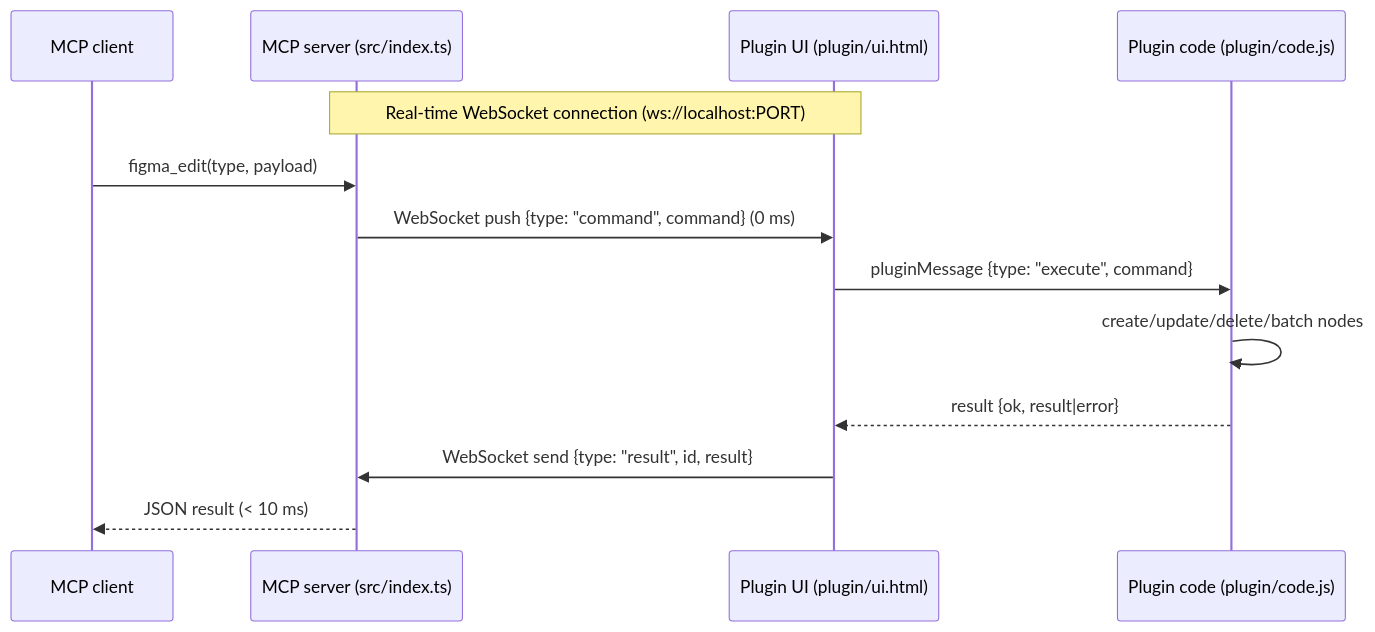
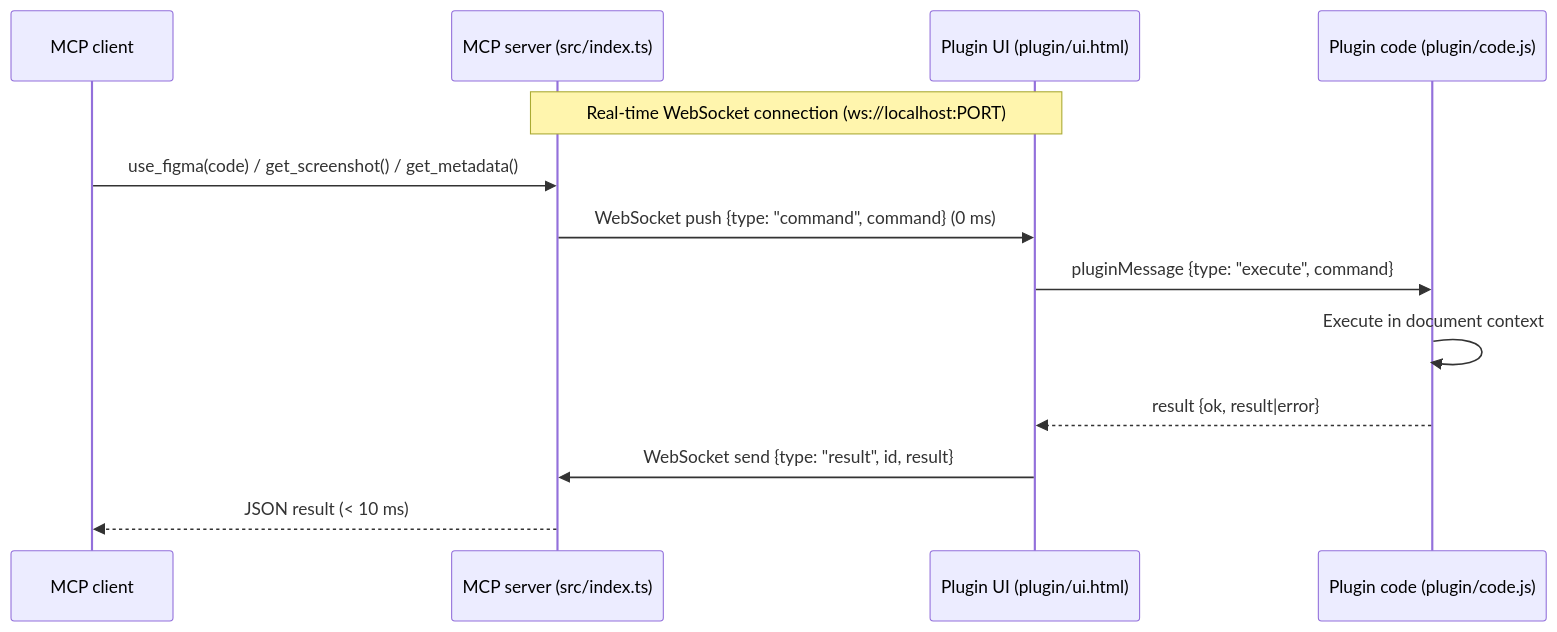
Before and after one commit to thesagrotan/figma-bridge: the diagram in docs/bridge.md, drawn with Mermaid. The commit also changed other lines of this file and 94 other files, not shown here.

````diff
--- a/docs/bridge.md
+++ b/docs/bridge.md
@@ -9,16 +7,16 @@
 ```mermaid
 sequenceDiagram
     participant C as MCP client
     participant S as MCP server (src/index.ts)
     participant P as Plugin UI (plugin/ui.html)
     participant F as Plugin code (plugin/code.js)
 
     Note over S,P: Real-time WebSocket connection (ws://localhost:PORT)
-    C->>S: figma_edit(type, payload)
+    C->>S: use_figma(code) / get_screenshot() / get_metadata()
     S->>P: WebSocket push {type: "command", command} (0 ms)
     P->>F: pluginMessage {type: "execute", command}
-    F->>F: create/update/delete/batch nodes
+    F->>F: Execute in document context
     F-->>P: result {ok, result|error}
     P->>S: WebSocket send {type: "result", id, result}
     S-->>C: JSON result (< 10 ms)
 ```
````
